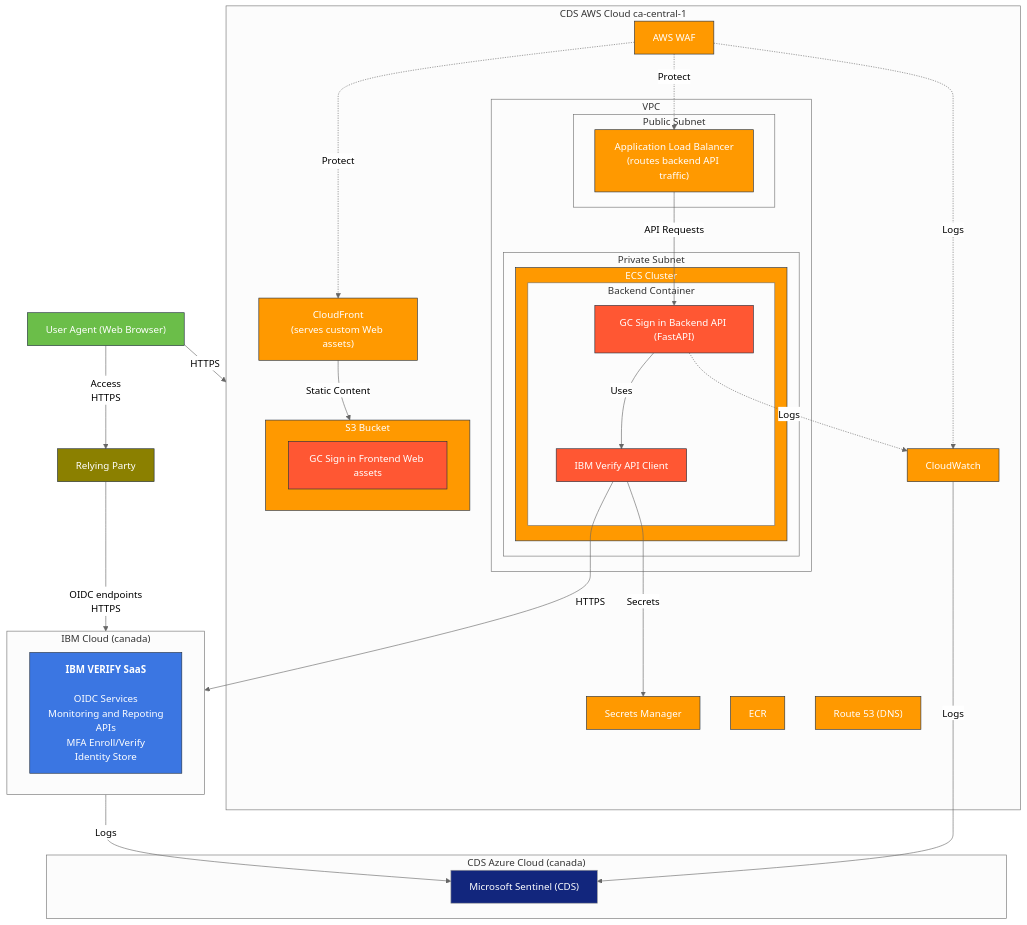
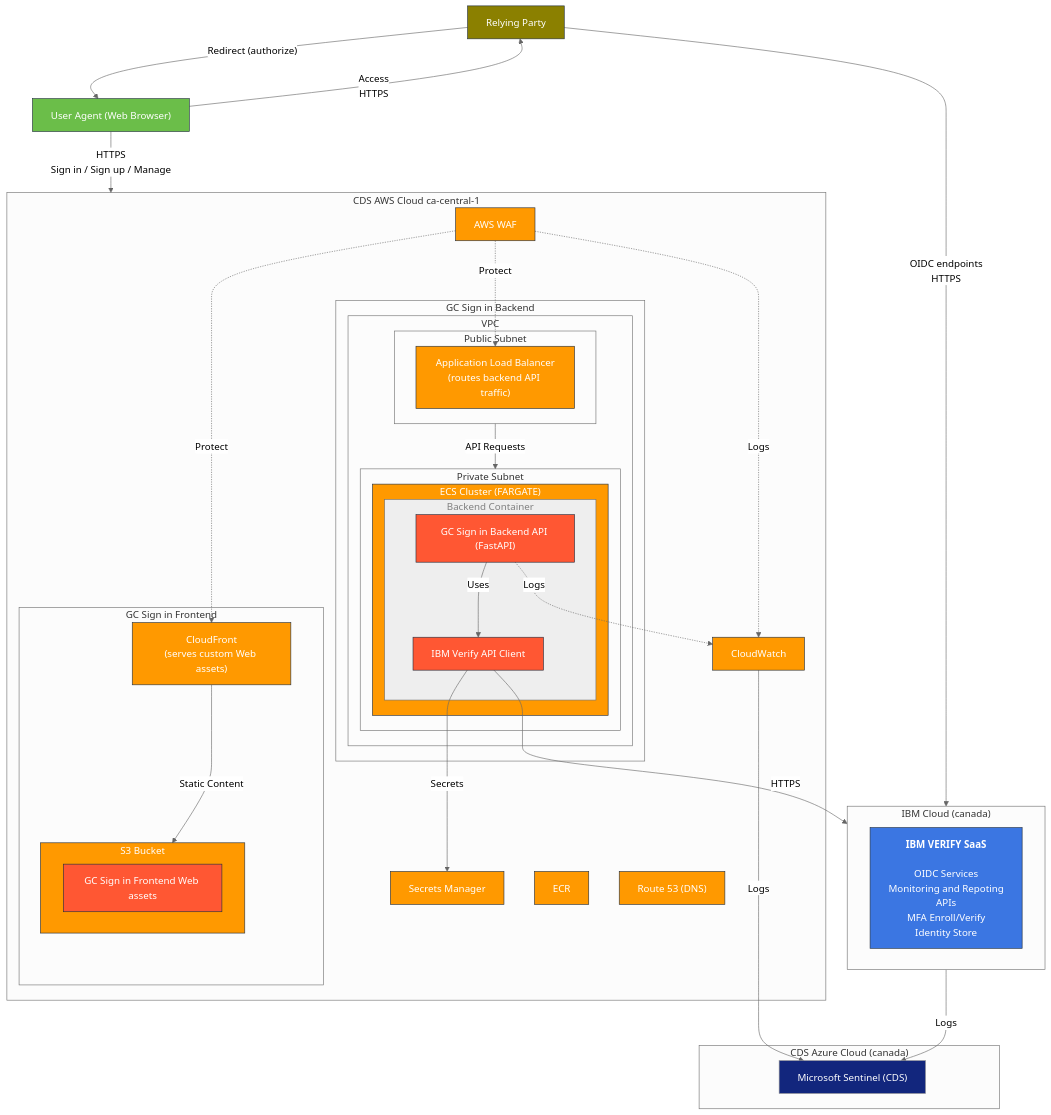
The diagram in docs/architecture/gc-signin-aws-system-architecture.mmd (cds-snc/canadalogin-user-selfservice-webapp), drawn with Mermaid before and after one commit. The commit also changed 3 other files, not shown here.

Commit message:
Updated architecture diagram to include RP redirect and cleaned up some of the ordering

```diff
--- a/docs/architecture/gc-signin-aws-system-architecture.mmd
+++ b/docs/architecture/gc-signin-aws-system-architecture.mmd
@@ -1,76 +1,83 @@
 %%{init: {'theme':'neutral'}}%%
 graph TB
+    RelyingParty[Relying Party]
+    WebBrowser["User Agent (Web Browser)"]
+
     subgraph AWS["CDS AWS Cloud ca-central-1"]
-        subgraph "VPC"
-            subgraph PublicSubnet["Public Subnet"]
-                ALB["Application Load Balancer<br/>(routes backend API traffic)"]
-            end
+        subgraph GC Sign in Backend
+            subgraph "VPC"
+                subgraph PublicSubnet["Public Subnet"]
+                    ALB["Application Load Balancer<br/>(routes backend API traffic)"]
+                end
 
-            subgraph "Private Subnet"
-                subgraph ECS["ECS Cluster"]
-                    subgraph "Backend Container"
-                        APIBackend["GC Sign in Backend API (FastAPI)"]
-                        APIClient["IBM Verify API Client"]
+                subgraph PrivateSubnet["Private Subnet"]
+                    subgraph ECS["ECS Cluster (FARGATE)"]
+                        subgraph BackendContainer["Backend Container"]
+                            APIBackend["GC Sign in Backend API (FastAPI)"]
+                            APIClient["IBM Verify API Client"]
+                        end
                     end
                 end
+            end
+        end
 
+        subgraph GC Sign in Frontend
+            CloudFront["CloudFront<br/>(serves custom Web assets)"]
+            subgraph S3[S3 Bucket]
+                GCSigninFrontEnd[GC Sign in Frontend Web assets]
             end
         end
 
         CloudWatch[CloudWatch]
         SecretsManager[Secrets Manager]
-        CloudFront["CloudFront<br/>(serves custom Web assets)"]
         ECR["ECR"]
         Route53["Route 53 (DNS)"]
-        subgraph S3[S3 Bucket]
-            GCSigninFrontEnd[GC Sign in Frontend Web assets]
-        end
         WAF[AWS WAF]
-
-        
     end
 
     subgraph IBMVerify["IBM Cloud (canada)"]
         IBMVerifyFeatures["<strong>IBM VERIFY SaaS</strong><br/><br/>OIDC Services<br/>Monitoring and Repoting<br/>APIs<br/>MFA Enroll/Verify<br/>Identity Store"]
     end
 
-    RelyingParty[Relying Party]
-    WebBrowser["User Agent (Web Browser)"]
-
     subgraph Azure["CDS Azure Cloud (canada)"]
         Sentinel["Microsoft Sentinel (CDS)"]
     end
     
+    
+
     %% Connections
-    WebBrowser -->|"HTTPS"| AWS
+    WebBrowser-->|"Access<br/>HTTPS"| RelyingParty
+    WebBrowser ------->|"HTTPS<br/>Sign in / Sign up / Manage"| AWS
+    RelyingParty-->|"OIDC endpoints<br/>HTTPS"| IBMVerify
+    RelyingParty-->|"Redirect (authorize)"| WebBrowser
     CloudFront -->|Static Content| S3
     WAF -.->|Protect| ALB
     WAF -.->|Protect| CloudFront
-    ALB -->|API Requests| APIBackend
+    PublicSubnet -->|API Requests| PrivateSubnet
+    APIBackend-->|Uses| APIClient
     APIClient -->|HTTPS| IBMVerify
     APIClient -->|Secrets| SecretsManager
-    RelyingParty-->|"OIDC endpoints<br/>HTTPS"| IBMVerify
-    WebBrowser-->|"Access<br/>HTTPS"| RelyingParty
-    APIBackend-->|Uses| APIClient
 
     %% Monitoring
     WAF -.->|Logs| CloudWatch
     APIBackend -.->|Logs| CloudWatch
     CloudWatch -->|Logs| Sentinel
     IBMVerify -->|Logs| Sentinel
 
     %% Styling
     classDef aws fill:#FF9900,stroke:#232F3E,color:white;
     classDef gcsignin fill:#FF5733,stroke:#232F3E,color:white;
     classDef ibm fill:#3B76e2,stroke:#232F3E,color:white;
     classDef ibmchild fill:#1B46C2,stroke:#232F3E,color:white;
     classDef users fill:#6BBE49,stroke:#232F3E,color:white;
     classDef rp fill:#8B8000,stroke:#232F3E,color:white;
     classDef azure fill:#12267d,stroke:#23F3E,color:white;
+    classDef docker fill:#EEEEEE,stroke:#23F3E,color:grey;
 
     class Route53,CloudFront,ALB,WAF,CFWAF,ECS,ECR,CloudWatch,SecretsManager,WAFLogs,S3 aws;
     class IBMVerifyFeatures ibm;
     class WebBrowser users;
     class RelyingParty rp;
     class GCSigninFrontEnd,APIBackend,APIClient gcsignin;
     class Sentinel azure;
+    class BackendContainer docker;
```
